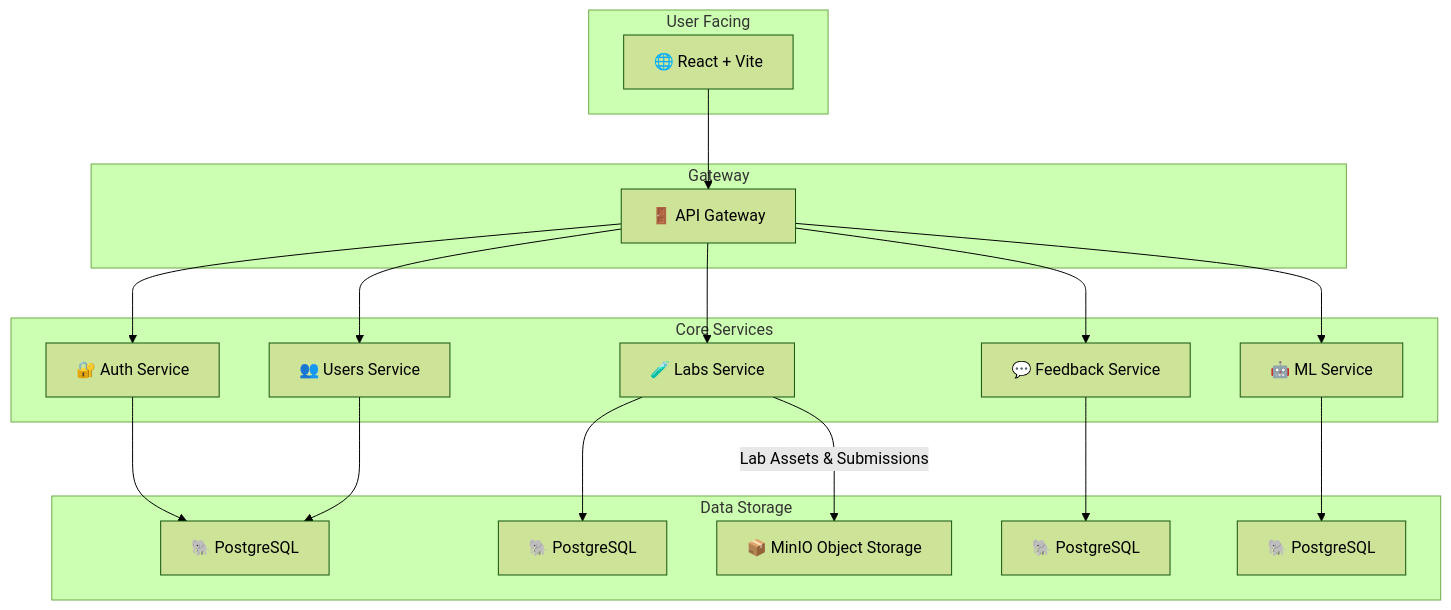
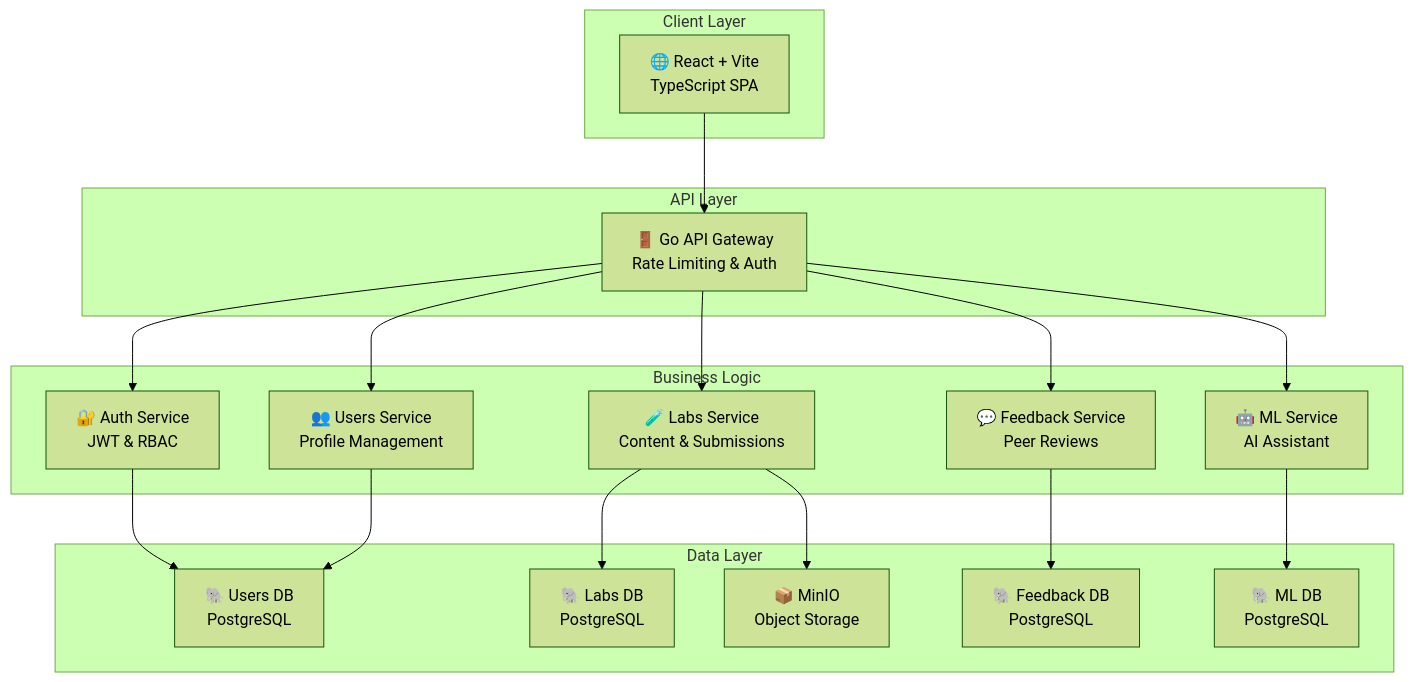
Before and after one commit to lanebo1/super-guide: the first of 3 diagrams in open-labs-share.md, drawn with Mermaid (forest theme). The commit also changed other lines of this file and 4 other files, not shown here.

````diff
--- a/open-labs-share.md
+++ b/open-labs-share.md
@@ -96,41 +65,40 @@
 ```mermaid
 graph TD;
-    subgraph User Facing
-        Frontend[🌐 React + Vite];
+    subgraph Client Layer
+        Frontend[🌐 React + Vite<br/>TypeScript SPA];
     end
 
-    subgraph Gateway
-        API_Gateway[🚪 API Gateway];
+    subgraph API Layer
+        Gateway[🚪 Go API Gateway<br/>Rate Limiting & Auth];
     end
 
-    subgraph Core Services
-        Auth_Service[🔐 Auth Service];
-        Users_Service[👥 Users Service];
-        Labs_Service[🧪 Labs Service];
-        Feedback_Service[💬 Feedback Service];
-        ML_Service[🤖 ML Service];
+    subgraph Business Logic
+        Auth[🔐 Auth Service<br/>JWT & RBAC];
+        Users[👥 Users Service<br/>Profile Management];
+        Labs[🧪 Labs Service<br/>Content & Submissions];
+        Feedback[💬 Feedback Service<br/>Peer Reviews];
+        ML[🤖 ML Service<br/>AI Assistant];
     end
 
-    subgraph Data Storage
-        PostgreSQL_Users[🐘 PostgreSQL];
-        PostgreSQL_Labs[🐘 PostgreSQL];
-        PostgreSQL_Feedback[🐘 PostgreSQL];
-        PostgreSQL_ML[🐘 PostgreSQL];
-        MinIO[📦 MinIO Object Storage];
+    subgraph Data Layer
+        UserDB[🐘 Users DB<br/>PostgreSQL];
+        LabsDB[🐘 Labs DB<br/>PostgreSQL];
+        FeedbackDB[🐘 Feedback DB<br/>PostgreSQL];
+        MLDB[🐘 ML DB<br/>PostgreSQL];
+        Storage[📦 MinIO<br/>Object Storage];
     end
 
-    Frontend --> API_Gateway;
-    API_Gateway --> Auth_Service;
-    API_Gateway --> Users_Service;
-    API_Gateway --> Labs_Service;
-    API_Gateway --> Feedback_Service;
-    API_Gateway --> ML_Service;
+    Frontend --> Gateway;
+    Gateway --> Auth;
+    Gateway --> Users;
+    Gateway --> Labs;
+    Gateway --> Feedback;
+    Gateway --> ML;
 
-    Auth_Service --> PostgreSQL_Users;
-    Users_Service --> PostgreSQL_Users;
-    Labs_Service --> PostgreSQL_Labs;
-    Feedback_Service --> PostgreSQL_Feedback;
-    ML_Service --> PostgreSQL_ML;
-    Labs_Service -- Lab Assets & Submissions --> MinIO;
-
+    Auth --> UserDB;
+    Users --> UserDB;
+    Labs --> LabsDB;
+    Labs --> Storage;
+    Feedback --> FeedbackDB;
+    ML --> MLDB;
 ```
````
